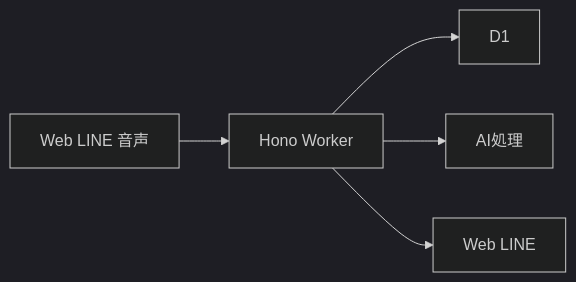
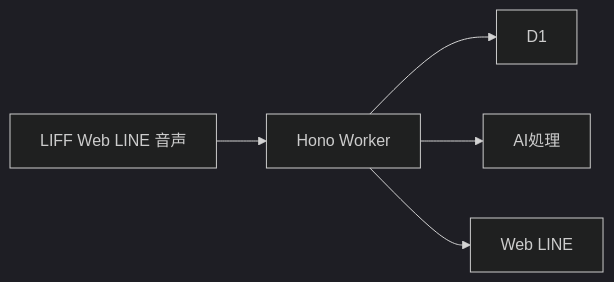
One commit to Digix00/58-Hackathon-202609 changed the second of 2 diagrams in docs/technical/architecture.md. Above: the diagram before and after it, drawn with Mermaid (dark theme). The commit also changed other lines of this file, not shown here.

Commit message:
docs: define LIFF authentication architecture

````diff
--- a/docs/technical/architecture.md
+++ b/docs/technical/architecture.md
@@ -18,7 +18,7 @@
 ```mermaid
 flowchart LR
-  Sources["Web LINE 音声"] --> Worker["Hono Worker"]
+  Sources["LIFF Web LINE 音声"] --> Worker["Hono Worker"]
   Worker --> D1["D1"]
   Worker --> AI["AI処理"]
   Worker --> Output["Web LINE"]
 ```
````
